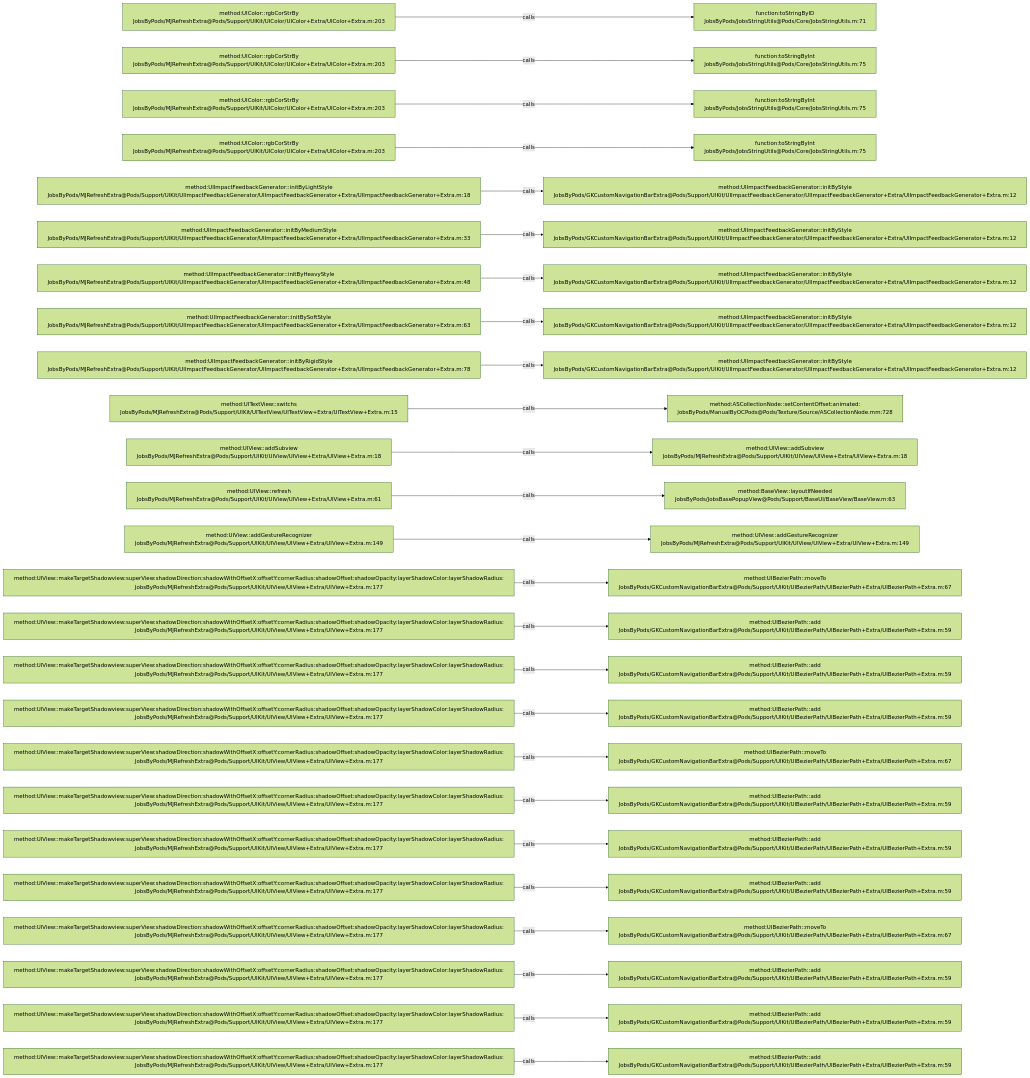
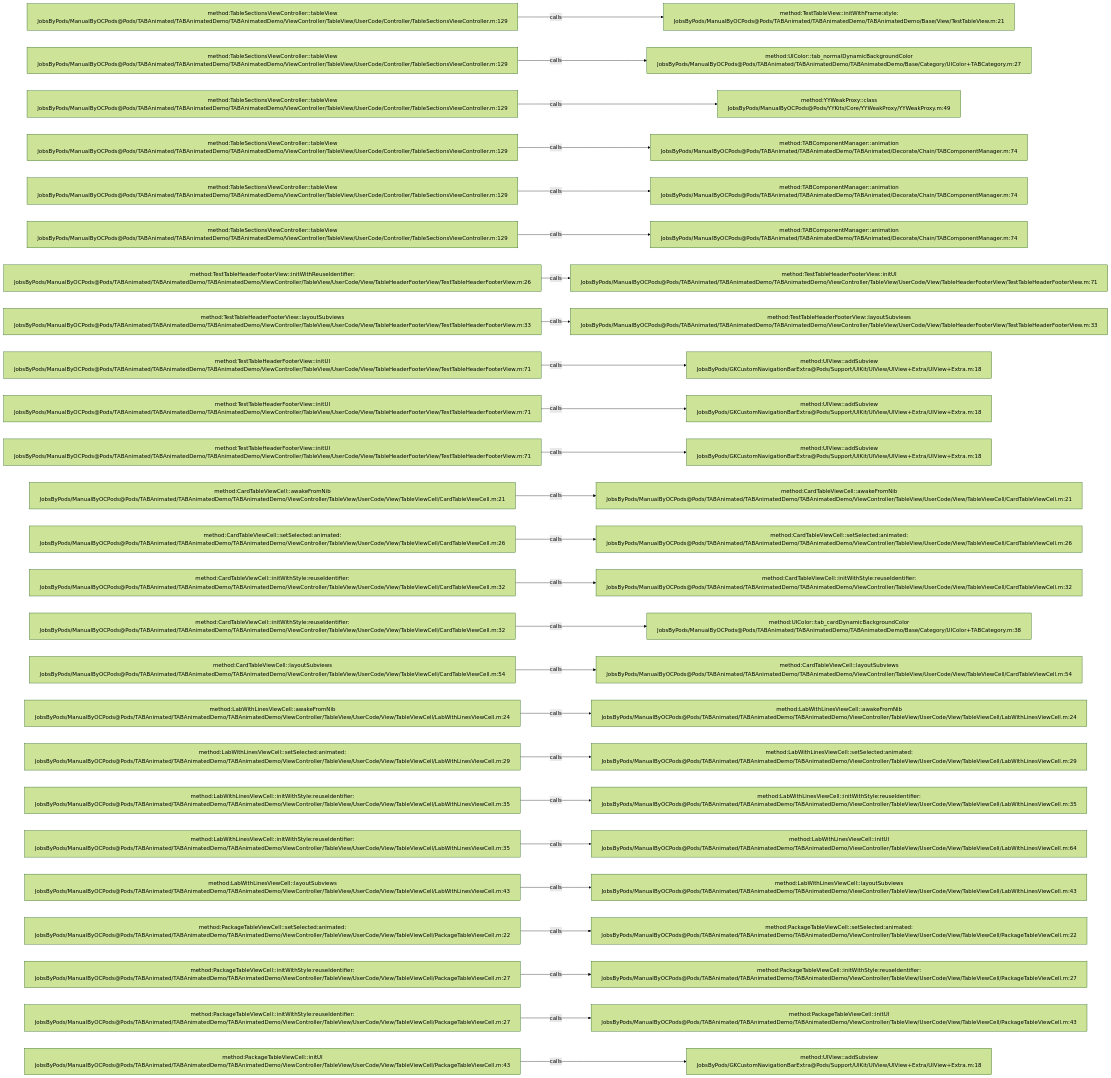
The diagram in .codegraph/codegraph.md/graphs/calls-172.md (JobsKits/JobsOCBaseConfigDemo), drawn with Mermaid (forest theme) before and after one commit. The commit also changed 573 other files, not shown here.

````diff
--- a/.codegraph/codegraph.md/graphs/calls-172.md
+++ b/.codegraph/codegraph.md/graphs/calls-172.md
@@ -13,78 +13,78 @@
 ```mermaid
 flowchart LR
-  S1["method:UIColor::rgbCorStrBy<br/>JobsByPods/MJRefreshExtra@Pods/Support/UIKit/UIColor/UIColor+Extra/UIColor+Extra.m:203"]
-  T1["function:toStringByID<br/>JobsByPods/JobsStringUtils@Pods/Core/JobsStringUtils.m:71"]
+  S1["method:TableSectionsViewController::tableView<br/>JobsByPods/ManualByOCPods@Pods/TABAnimated/TABAnimatedDemo/TABAnimatedDemo/ViewController/TableView/UserCode/Controller/TableSectionsViewController.m:129"]
+  T1["method:TestTableView::initWithFrame:style:<br/>JobsByPods/ManualByOCPods@Pods/TABAnimated/TABAnimatedDemo/TABAnimatedDemo/Base/View/TestTableView.m:21"]
   S1 -->|calls| T1
-  S2["method:UIColor::rgbCorStrBy<br/>JobsByPods/MJRefreshExtra@Pods/Support/UIKit/UIColor/UIColor+Extra/UIColor+Extra.m:203"]
-  T2["function:toStringByInt<br/>JobsByPods/JobsStringUtils@Pods/Core/JobsStringUtils.m:75"]
+  S2["method:TableSectionsViewController::tableView<br/>JobsByPods/ManualByOCPods@Pods/TABAnimated/TABAnimatedDemo/TABAnimatedDemo/ViewController/TableView/UserCode/Controller/TableSectionsViewController.m:129"]
+  T2["method:UIColor::tab_normalDynamicBackgroundColor<br/>JobsByPods/ManualByOCPods@Pods/TABAnimated/TABAnimatedDemo/TABAnimatedDemo/Base/Category/UIColor+TABCategory.m:27"]
   S2 -->|calls| T2
-  S3["method:UIColor::rgbCorStrBy<br/>JobsByPods/MJRefreshExtra@Pods/Support/UIKit/UIColor/UIColor+Extra/UIColor+Extra.m:203"]
-  T3["function:toStringByInt<br/>JobsByPods/JobsStringUtils@Pods/Core/JobsStringUtils.m:75"]
+  S3["method:TableSectionsViewController::tableView<br/>JobsByPods/ManualByOCPods@Pods/TABAnimated/TABAnimatedDemo/TABAnimatedDemo/ViewController/TableView/UserCode/Controller/TableSectionsViewController.m:129"]
+  T3["method:YYWeakProxy::class<br/>JobsByPods/ManualByOCPods@Pods/YYKits/Core/YYWeakProxy/YYWeakProxy.m:49"]
   S3 -->|calls| T3
-  S4["method:UIColor::rgbCorStrBy<br/>JobsByPods/MJRefreshExtra@Pods/Support/UIKit/UIColor/UIColor+Extra/UIColor+Extra.m:203"]
-  T4["function:toStringByInt<br/>JobsByPods/JobsStringUtils@Pods/Core/JobsStringUtils.m:75"]
+  S4["method:TableSectionsViewController::tableView<br/>JobsByPods/ManualByOCPods@Pods/TABAnimated/TABAnimatedDemo/TABAnimatedDemo/ViewController/TableView/UserCode/Controller/TableSectionsViewController.m:129"]
+  T4["method:TABComponentManager::animation<br/>JobsByPods/ManualByOCPods@Pods/TABAnimated/TABAnimatedDemo/TABAnimated/Decorate/Chain/TABComponentManager.m:74"]
   S4 -->|calls| T4
-  S5["method:UIImpactFeedbackGenerator::initByLightStyle<br/>JobsByPods/MJRefreshExtra@Pods/Support/UIKit/UIImpactFeedbackGenerator/UIImpactFeedbackGenerator+Extra/UIImpactFeedbackGenerator+Extra.m:18"]
-  T5["method:UIImpactFeedbackGenerator::initByStyle<br/>JobsByPods/GKCustomNavigationBarExtra@Pods/Support/UIKit/UIImpactFeedbackGenerator/UIImpactFeedbackGenerator+Extra/UIImpactFeedbackGenerator+Extra.m:12"]
+  S5["method:TableSectionsViewController::tableView<br/>JobsByPods/ManualByOCPods@Pods/TABAnimated/TABAnimatedDemo/TABAnimatedDemo/ViewController/TableView/UserCode/Controller/TableSectionsViewController.m:129"]
+  T5["method:TABComponentManager::animation<br/>JobsByPods/ManualByOCPods@Pods/TABAnimated/TABAnimatedDemo/TABAnimated/Decorate/Chain/TABComponentManager.m:74"]
   S5 -->|calls| T5
-  S6["method:UIImpactFeedbackGenerator::initByMediumStyle<br/>JobsByPods/MJRefreshExtra@Pods/Support/UIKit/UIImpactFeedbackGenerator/UIImpactFeedbackGenerator+Extra/UIImpactFeedbackGenerator+Extra.m:33"]
-  T6["method:UIImpactFeedbackGenerator::initByStyle<br/>JobsByPods/GKCustomNavigationBarExtra@Pods/Support/UIKit/UIImpactFeedbackGenerator/UIImpactFeedbackGenerator+Extra/UIImpactFeedbackGenerator+Extra.m:12"]
+  S6["method:TableSectionsViewController::tableView<br/>JobsByPods/ManualByOCPods@Pods/TABAnimated/TABAnimatedDemo/TABAnimatedDemo/ViewController/TableView/UserCode/Controller/TableSectionsViewController.m:129"]
+  T6["method:TABComponentManager::animation<br/>JobsByPods/ManualByOCPods@Pods/TABAnimated/TABAnimatedDemo/TABAnimated/Decorate/Chain/TABComponentManager.m:74"]
   S6 -->|calls| T6
-  S7["method:UIImpactFeedbackGenerator::initByHeavyStyle<br/>JobsByPods/MJRefreshExtra@Pods/Support/UIKit/UIImpactFeedbackGenerator/UIImpactFeedbackGenerator+Extra/UIImpactFeedbackGenerator+Extra.m:48"]
-  T7["method:UIImpactFeedbackGenerator::initByStyle<br/>JobsByPods/GKCustomNavigationBarExtra@Pods/Support/UIKit/UIImpactFeedbackGenerator/UIImpactFeedbackGenerator+Extra/UIImpactFeedbackGenerator+Extra.m:12"]
+  S7["method:TestTableHeaderFooterView::initWithReuseIdentifier:<br/>JobsByPods/ManualByOCPods@Pods/TABAnimated/TABAnimatedDemo/TABAnimatedDemo/ViewController/TableView/UserCode/View/TableHeaderFooterView/TestTableHeaderFooterView.m:26"]
+  T7["method:TestTableHeaderFooterView::initUI<br/>JobsByPods/ManualByOCPods@Pods/TABAnimated/TABAnimatedDemo/TABAnimatedDemo/ViewController/TableView/UserCode/View/TableHeaderFooterView/TestTableHeaderFooterView.m:71"]
   S7 -->|calls| T7
-  S8["method:UIImpactFeedbackGenerator::initBySoftStyle<br/>JobsByPods/MJRefreshExtra@Pods/Support/UIKit/UIImpactFeedbackGenerator/UIImpactFeedbackGenerator+Extra/UIImpactFeedbackGenerator+Extra.m:63"]
-  T8["method:UIImpactFeedbackGenerator::initByStyle<br/>JobsByPods/GKCustomNavigationBarExtra@Pods/Support/UIKit/UIImpactFeedbackGenerator/UIImpactFeedbackGenerator+Extra/UIImpactFeedbackGenerator+Extra.m:12"]
+  S8["method:TestTableHeaderFooterView::layoutSubviews<br/>JobsByPods/ManualByOCPods@Pods/TABAnimated/TABAnimatedDemo/TABAnimatedDemo/ViewController/TableView/UserCode/View/TableHeaderFooterView/TestTableHeaderFooterView.m:33"]
+  T8["method:TestTableHeaderFooterView::layoutSubviews<br/>JobsByPods/ManualByOCPods@Pods/TABAnimated/TABAnimatedDemo/TABAnimatedDemo/ViewController/TableView/UserCode/View/TableHeaderFooterView/TestTableHeaderFooterView.m:33"]
   S8 -->|calls| T8
-  S9["method:UIImpactFeedbackGenerator::initByRigidStyle<br/>JobsByPods/MJRefreshExtra@Pods/Support/UIKit/UIImpactFeedbackGenerator/UIImpactFeedbackGenerator+Extra/UIImpactFeedbackGenerator+Extra.m:78"]
-  T9["method:UIImpactFeedbackGenerator::initByStyle<br/>JobsByPods/GKCustomNavigationBarExtra@Pods/Support/UIKit/UIImpactFeedbackGenerator/UIImpactFeedbackGenerator+Extra/UIImpactFeedbackGenerator+Extra.m:12"]
+  S9["method:TestTableHeaderFooterView::initUI<br/>JobsByPods/ManualByOCPods@Pods/TABAnimated/TABAnimatedDemo/TABAnimatedDemo/ViewController/TableView/UserCode/View/TableHeaderFooterView/TestTableHeaderFooterView.m:71"]
+  T9["method:UIView::addSubview<br/>JobsByPods/GKCustomNavigationBarExtra@Pods/Support/UIKit/UIView/UIView+Extra/UIView+Extra.m:18"]
   S9 -->|calls| T9
-  S10["method:UITextView::switchs<br/>JobsByPods/MJRefreshExtra@Pods/Support/UIKit/UITextView/UITextView+Extra/UITextView+Extra.m:15"]
-  T10["method:ASCollectionNode::setContentOffset:animated:<br/>JobsByPods/ManualByOCPods@Pods/Texture/Source/ASCollectionNode.mm:728"]
+  S10["method:TestTableHeaderFooterView::initUI<br/>JobsByPods/ManualByOCPods@Pods/TABAnimated/TABAnimatedDemo/TABAnimatedDemo/ViewController/TableView/UserCode/View/TableHeaderFooterView/TestTableHeaderFooterView.m:71"]
+  T10["method:UIView::addSubview<br/>JobsByPods/GKCustomNavigationBarExtra@Pods/Support/UIKit/UIView/UIView+Extra/UIView+Extra.m:18"]
   S10 -->|calls| T10
-  S11["method:UIView::addSubview<br/>JobsByPods/MJRefreshExtra@Pods/Support/UIKit/UIView/UIView+Extra/UIView+Extra.m:18"]
-  T11["method:UIView::addSubview<br/>JobsByPods/MJRefreshExtra@Pods/Support/UIKit/UIView/UIView+Extra/UIView+Extra.m:18"]
+  S11["method:TestTableHeaderFooterView::initUI<br/>JobsByPods/ManualByOCPods@Pods/TABAnimated/TABAnimatedDemo/TABAnimatedDemo/ViewController/TableView/UserCode/View/TableHeaderFooterView/TestTableHeaderFooterView.m:71"]
+  T11["method:UIView::addSubview<br/>JobsByPods/GKCustomNavigationBarExtra@Pods/Support/UIKit/UIView/UIView+Extra/UIView+Extra.m:18"]
   S11 -->|calls| T11
-  S12["method:UIView::refresh<br/>JobsByPods/MJRefreshExtra@Pods/Support/UIKit/UIView/UIView+Extra/UIView+Extra.m:61"]
-  T12["method:BaseView::layoutIfNeeded<br/>JobsByPods/JobsBasePopupView@Pods/Support/BaseUI/BaseView/BaseView.m:63"]
+  S12["method:CardTableViewCell::awakeFromNib<br/>JobsByPods/ManualByOCPods@Pods/TABAnimated/TABAnimatedDemo/TABAnimatedDemo/ViewController/TableView/UserCode/View/TableViewCell/CardTableViewCell.m:21"]
+  T12["method:CardTableViewCell::awakeFromNib<br/>JobsByPods/ManualByOCPods@Pods/TABAnimated/TABAnimatedDemo/TABAnimatedDemo/ViewController/TableView/UserCode/View/TableViewCell/CardTableViewCell.m:21"]
   S12 -->|calls| T12
-  S13["method:UIView::addGestureRecognizer<br/>JobsByPods/MJRefreshExtra@Pods/Support/UIKit/UIView/UIView+Extra/UIView+Extra.m:149"]
-  T13["method:UIView::addGestureRecognizer<br/>JobsByPods/MJRefreshExtra@Pods/Support/UIKit/UIView/UIView+Extra/UIView+Extra.m:149"]
+  S13["method:CardTableViewCell::setSelected:animated:<br/>JobsByPods/ManualByOCPods@Pods/TABAnimated/TABAnimatedDemo/TABAnimatedDemo/ViewController/TableView/UserCode/View/TableViewCell/CardTableViewCell.m:26"]
+  T13["method:CardTableViewCell::setSelected:animated:<br/>JobsByPods/ManualByOCPods@Pods/TABAnimated/TABAnimatedDemo/TABAnimatedDemo/ViewController/TableView/UserCode/View/TableViewCell/CardTableViewCell.m:26"]
   S13 -->|calls| T13
-  S14["method:UIView::makeTargetShadowview:superView:shadowDirection:shadowWithOffsetX:offsetY:cornerRadius:shadowOffset:shadowOpacity:layerShadowColor:layerShadowRadius:<br/>JobsByPods/MJRefreshExtra@Pods/Support/UIKit/UIView/UIView+Extra/UIView+Extra.m:177"]
-  T14["method:UIBezierPath::moveTo<br/>JobsByPods/GKCustomNavigationBarExtra@Pods/Support/UIKit/UIBezierPath/UIBezierPath+Extra/UIBezierPath+Extra.m:67"]
+  S14["method:CardTableViewCell::initWithStyle:reuseIdentifier:<br/>JobsByPods/ManualByOCPods@Pods/TABAnimated/TABAnimatedDemo/TABAnimatedDemo/ViewController/TableView/UserCode/View/TableViewCell/CardTableViewCell.m:32"]
+  T14["method:CardTableViewCell::initWithStyle:reuseIdentifier:<br/>JobsByPods/ManualByOCPods@Pods/TABAnimated/TABAnimatedDemo/TABAnimatedDemo/ViewController/TableView/UserCode/View/TableViewCell/CardTableViewCell.m:32"]
   S14 -->|calls| T14
-  S15["method:UIView::makeTargetShadowview:superView:shadowDirection:shadowWithOffsetX:offsetY:cornerRadius:shadowOffset:shadowOpacity:layerShadowColor:layerShadowRadius:<br/>JobsByPods/MJRefreshExtra@Pods/Support/UIKit/UIView/UIView+Extra/UIView+Extra.m:177"]
-  T15["method:UIBezierPath::add<br/>JobsByPods/GKCustomNavigationBarExtra@Pods/Support/UIKit/UIBezierPath/UIBezierPath+Extra/UIBezierPath+Extra.m:59"]
+  S15["method:CardTableViewCell::initWithStyle:reuseIdentifier:<br/>JobsByPods/ManualByOCPods@Pods/TABAnimated/TABAnimatedDemo/TABAnimatedDemo/ViewController/TableView/UserCode/View/TableViewCell/CardTableViewCell.m:32"]
+  T15["method:UIColor::tab_cardDynamicBackgroundColor<br/>JobsByPods/ManualByOCPods@Pods/TABAnimated/TABAnimatedDemo/TABAnimatedDemo/Base/Category/UIColor+TABCategory.m:38"]
   S15 -->|calls| T15
-  S16["method:UIView::makeTargetShadowview:superView:shadowDirection:shadowWithOffsetX:offsetY:cornerRadius:shadowOffset:shadowOpacity:layerShadowColor:layerShadowRadius:<br/>JobsByPods/MJRefreshExtra@Pods/Support/UIKit/UIView/UIView+Extra/UIView+Extra.m:177"]
-  T16["method:UIBezierPath::add<br/>JobsByPods/GKCustomNavigationBarExtra@Pods/Support/UIKit/UIBezierPath/UIBezierPath+Extra/UIBezierPath+Extra.m:59"]
+  S16["method:CardTableViewCell::layoutSubviews<br/>JobsByPods/ManualByOCPods@Pods/TABAnimated/TABAnimatedDemo/TABAnimatedDemo/ViewController/TableView/UserCode/View/TableViewCell/CardTableViewCell.m:54"]
+  T16["method:CardTableViewCell::layoutSubviews<br/>JobsByPods/ManualByOCPods@Pods/TABAnimated/TABAnimatedDemo/TABAnimatedDemo/ViewController/TableView/UserCode/View/TableViewCell/CardTableViewCell.m:54"]
   S16 -->|calls| T16
-  S17["method:UIView::makeTargetShadowview:superView:shadowDirection:shadowWithOffsetX:offsetY:cornerRadius:shadowOffset:shadowOpacity:layerShadowColor:layerShadowRadius:<br/>JobsByPods/MJRefreshExtra@Pods/Support/UIKit/UIView/UIView+Extra/UIView+Extra.m:177"]
-  T17["method:UIBezierPath::add<br/>JobsByPods/GKCustomNavigationBarExtra@Pods/Support/UIKit/UIBezierPath/UIBezierPath+Extra/UIBezierPath+Extra.m:59"]
+  S17["method:LabWithLinesViewCell::awakeFromNib<br/>JobsByPods/ManualByOCPods@Pods/TABAnimated/TABAnimatedDemo/TABAnimatedDemo/ViewController/TableView/UserCode/View/TableViewCell/LabWithLinesViewCell.m:24"]
+  T17["method:LabWithLinesViewCell::awakeFromNib<br/>JobsByPods/ManualByOCPods@Pods/TABAnimated/TABAnimatedDemo/TABAnimatedDemo/ViewController/TableView/UserCode/View/TableViewCell/LabWithLinesViewCell.m:24"]
   S17 -->|calls| T17
-  S18["method:UIView::makeTargetShadowview:superView:shadowDirection:shadowWithOffsetX:offsetY:cornerRadius:shadowOffset:shadowOpacity:layerShadowColor:layerShadowRadius:<br/>JobsByPods/MJRefreshExtra@Pods/Support/UIKit/UIView/UIView+Extra/UIView+Extra.m:177"]
-  T18["method:UIBezierPath::moveTo<br/>JobsByPods/GKCustomNavigationBarExtra@Pods/Support/UIKit/UIBezierPath/UIBezierPath+Extra/UIBezierPath+Extra.m:67"]
+  S18["method:LabWithLinesViewCell::setSelected:animated:<br/>JobsByPods/ManualByOCPods@Pods/TABAnimated/TABAnimatedDemo/TABAnimatedDemo/ViewController/TableView/UserCode/View/TableViewCell/LabWithLinesViewCell.m:29"]
+  T18["method:LabWithLinesViewCell::setSelected:animated:<br/>JobsByPods/ManualByOCPods@Pods/TABAnimated/TABAnimatedDemo/TABAnimatedDemo/ViewController/TableView/UserCode/View/TableViewCell/LabWithLinesViewCell.m:29"]
   S18 -->|calls| T18
-  S19["method:UIView::makeTargetShadowview:superView:shadowDirection:shadowWithOffsetX:offsetY:cornerRadius:shadowOffset:shadowOpacity:layerShadowColor:layerShadowRadius:<br/>JobsByPods/MJRefreshExtra@Pods/Support/UIKit/UIView/UIView+Extra/UIView+Extra.m:177"]
-  T19["method:UIBezierPath::add<br/>JobsByPods/GKCustomNavigationBarExtra@Pods/Support/UIKit/UIBezierPath/UIBezierPath+Extra/UIBezierPath+Extra.m:59"]
+  S19["method:LabWithLinesViewCell::initWithStyle:reuseIdentifier:<br/>JobsByPods/ManualByOCPods@Pods/TABAnimated/TABAnimatedDemo/TABAnimatedDemo/ViewController/TableView/UserCode/View/TableViewCell/LabWithLinesViewCell.m:35"]
+  T19["method:LabWithLinesViewCell::initWithStyle:reuseIdentifier:<br/>JobsByPods/ManualByOCPods@Pods/TABAnimated/TABAnimatedDemo/TABAnimatedDemo/ViewController/TableView/UserCode/View/TableViewCell/LabWithLinesViewCell.m:35"]
   S19 -->|calls| T19
-  S20["method:UIView::makeTargetShadowview:superView:shadowDirection:shadowWithOffsetX:offsetY:cornerRadius:shadowOffset:shadowOpacity:layerShadowColor:layerShadowRadius:<br/>JobsByPods/MJRefreshExtra@Pods/Support/UIKit/UIView/UIView+Extra/UIView+Extra.m:177"]
-  T20["method:UIBezierPath::add<br/>JobsByPods/GKCustomNavigationBarExtra@Pods/Support/UIKit/UIBezierPath/UIBezierPath+Extra/UIBezierPath+Extra.m:59"]
+  S20["method:LabWithLinesViewCell::initWithStyle:reuseIdentifier:<br/>JobsByPods/ManualByOCPods@Pods/TABAnimated/TABAnimatedDemo/TABAnimatedDemo/ViewController/TableView/UserCode/View/TableViewCell/LabWithLinesViewCell.m:35"]
+  T20["method:LabWithLinesViewCell::initUI<br/>JobsByPods/ManualByOCPods@Pods/TABAnimated/TABAnimatedDemo/TABAnimatedDemo/ViewController/TableView/UserCode/View/TableViewCell/LabWithLinesViewCell.m:64"]
   S20 -->|calls| T20
-  S21["method:UIView::makeTargetShadowview:superView:shadowDirection:shadowWithOffsetX:offsetY:cornerRadius:shadowOffset:shadowOpacity:layerShadowColor:layerShadowRadius:<br/>JobsByPods/MJRefreshExtra@Pods/Support/UIKit/UIView/UIView+Extra/UIView+Extra.m:177"]
-  T21["method:UIBezierPath::add<br/>JobsByPods/GKCustomNavigationBarExtra@Pods/Support/UIKit/UIBezierPath/UIBezierPath+Extra/UIBezierPath+Extra.m:59"]
+  S21["method:LabWithLinesViewCell::layoutSubviews<br/>JobsByPods/ManualByOCPods@Pods/TABAnimated/TABAnimatedDemo/TABAnimatedDemo/ViewController/TableView/UserCode/View/TableViewCell/LabWithLinesViewCell.m:43"]
+  T21["method:LabWithLinesViewCell::layoutSubviews<br/>JobsByPods/ManualByOCPods@Pods/TABAnimated/TABAnimatedDemo/TABAnimatedDemo/ViewController/TableView/UserCode/View/TableViewCell/LabWithLinesViewCell.m:43"]
   S21 -->|calls| T21
-  S22["method:UIView::makeTargetShadowview:superView:shadowDirection:shadowWithOffsetX:offsetY:cornerRadius:shadowOffset:shadowOpacity:layerShadowColor:layerShadowRadius:<br/>JobsByPods/MJRefreshExtra@Pods/Support/UIKit/UIView/UIView+Extra/UIView+Extra.m:177"]
-  T22["method:UIBezierPath::moveTo<br/>JobsByPods/GKCustomNavigationBarExtra@Pods/Support/UIKit/UIBezierPath/UIBezierPath+Extra/UIBezierPath+Extra.m:67"]
+  S22["method:PackageTableViewCell::setSelected:animated:<br/>JobsByPods/ManualByOCPods@Pods/TABAnimated/TABAnimatedDemo/TABAnimatedDemo/ViewController/TableView/UserCode/View/TableViewCell/PackageTableViewCell.m:22"]
+  T22["method:PackageTableViewCell::setSelected:animated:<br/>JobsByPods/ManualByOCPods@Pods/TABAnimated/TABAnimatedDemo/TABAnimatedDemo/ViewController/TableView/UserCode/View/TableViewCell/PackageTableViewCell.m:22"]
   S22 -->|calls| T22
-  S23["method:UIView::makeTargetShadowview:superView:shadowDirection:shadowWithOffsetX:offsetY:cornerRadius:shadowOffset:shadowOpacity:layerShadowColor:layerShadowRadius:<br/>JobsByPods/MJRefreshExtra@Pods/Support/UIKit/UIView/UIView+Extra/UIView+Extra.m:177"]
-  T23["method:UIBezierPath::add<br/>JobsByPods/GKCustomNavigationBarExtra@Pods/Support/UIKit/UIBezierPath/UIBezierPath+Extra/UIBezierPath+Extra.m:59"]
+  S23["method:PackageTableViewCell::initWithStyle:reuseIdentifier:<br/>JobsByPods/ManualByOCPods@Pods/TABAnimated/TABAnimatedDemo/TABAnimatedDemo/ViewController/TableView/UserCode/View/TableViewCell/PackageTableViewCell.m:27"]
+  T23["method:PackageTableViewCell::initWithStyle:reuseIdentifier:<br/>JobsByPods/ManualByOCPods@Pods/TABAnimated/TABAnimatedDemo/TABAnimatedDemo/ViewController/TableView/UserCode/View/TableViewCell/PackageTableViewCell.m:27"]
   S23 -->|calls| T23
-  S24["method:UIView::makeTargetShadowview:superView:shadowDirection:shadowWithOffsetX:offsetY:cornerRadius:shadowOffset:shadowOpacity:layerShadowColor:layerShadowRadius:<br/>JobsByPods/MJRefreshExtra@Pods/Support/UIKit/UIView/UIView+Extra/UIView+Extra.m:177"]
-  T24["method:UIBezierPath::add<br/>JobsByPods/GKCustomNavigationBarExtra@Pods/Support/UIKit/UIBezierPath/UIBezierPath+Extra/UIBezierPath+Extra.m:59"]
+  S24["method:PackageTableViewCell::initWithStyle:reuseIdentifier:<br/>JobsByPods/ManualByOCPods@Pods/TABAnimated/TABAnimatedDemo/TABAnimatedDemo/ViewController/TableView/UserCode/View/TableViewCell/PackageTableViewCell.m:27"]
+  T24["method:PackageTableViewCell::initUI<br/>JobsByPods/ManualByOCPods@Pods/TABAnimated/TABAnimatedDemo/TABAnimatedDemo/ViewController/TableView/UserCode/View/TableViewCell/PackageTableViewCell.m:43"]
   S24 -->|calls| T24
-  S25["method:UIView::makeTargetShadowview:superView:shadowDirection:shadowWithOffsetX:offsetY:cornerRadius:shadowOffset:shadowOpacity:layerShadowColor:layerShadowRadius:<br/>JobsByPods/MJRefreshExtra@Pods/Support/UIKit/UIView/UIView+Extra/UIView+Extra.m:177"]
-  T25["method:UIBezierPath::add<br/>JobsByPods/GKCustomNavigationBarExtra@Pods/Support/UIKit/UIBezierPath/UIBezierPath+Extra/UIBezierPath+Extra.m:59"]
+  S25["method:PackageTableViewCell::initUI<br/>JobsByPods/ManualByOCPods@Pods/TABAnimated/TABAnimatedDemo/TABAnimatedDemo/ViewController/TableView/UserCode/View/TableViewCell/PackageTableViewCell.m:43"]
+  T25["method:UIView::addSubview<br/>JobsByPods/GKCustomNavigationBarExtra@Pods/Support/UIKit/UIView/UIView+Extra/UIView+Extra.m:18"]
   S25 -->|calls| T25
 ```
````
